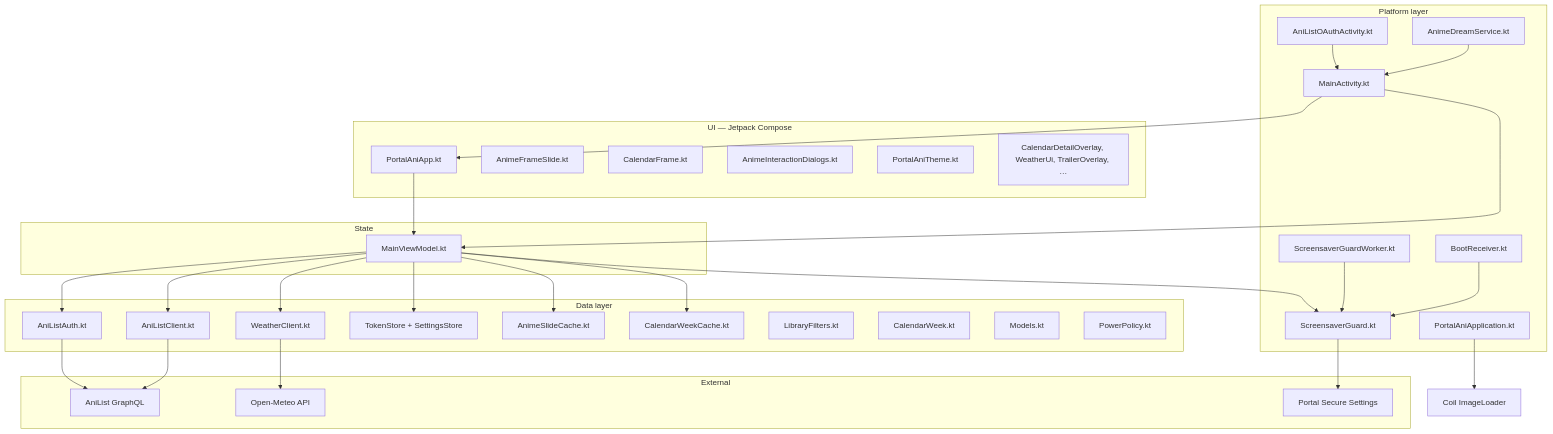
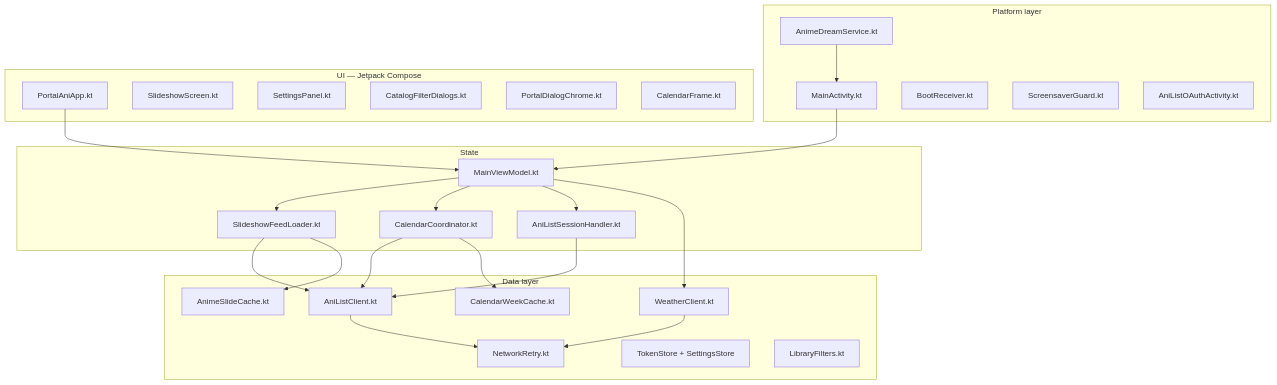
Before and after one commit to hoandesign/portalani: the diagram in docs/AUDIT-2026-06-16.md, drawn with Mermaid. The commit also changed other lines of this file, not shown here.

````diff
--- a/docs/AUDIT-2026-06-16.md
+++ b/docs/AUDIT-2026-06-16.md
@@ -24,64 +40,51 @@
 ```mermaid
 flowchart TB
   subgraph platform [Platform layer]
     MA[MainActivity.kt]
     ADS[AnimeDreamService.kt]
     BR[BootReceiver.kt]
     SG[ScreensaverGuard.kt]
-    SGW[ScreensaverGuardWorker.kt]
     OAuth[AniListOAuthActivity.kt]
-    App[PortalAniApplication.kt]
   end
 
   subgraph ui [UI — Jetpack Compose]
     PAA[PortalAniApp.kt]
-    AFS[AnimeFrameSlide.kt]
+    SSP[SlideshowScreen.kt]
+    SET[SettingsPanel.kt]
+    CFD[CatalogFilterDialogs.kt]
+    PDC[PortalDialogChrome.kt]
     CF[CalendarFrame.kt]
-    AID[AnimeInteractionDialogs.kt]
-    Theme[PortalAniTheme.kt]
-    Other[CalendarDetailOverlay, WeatherUi, TrailerOverlay, …]
   end
 
   subgraph vm [State]
     MVM[MainViewModel.kt]
+    SFL[SlideshowFeedLoader.kt]
+    CC[CalendarCoordinator.kt]
+    ASH[AniListSessionHandler.kt]
   end
 
   subgraph data [Data layer]
     ALC[AniListClient.kt]
-    ALA[AniListAuth.kt]
+    NR[NetworkRetry.kt]
     WC[WeatherClient.kt]
     TS[TokenStore + SettingsStore]
     ASC[AnimeSlideCache.kt]
     CWC[CalendarWeekCache.kt]
     LF[LibraryFilters.kt]
-    CW[CalendarWeek.kt]
-    Models[Models.kt]
-    PP[PowerPolicy.kt]
   end
 
-  subgraph external [External]
-    AniList[AniList GraphQL]
-    OpenMeteo[Open-Meteo API]
-    PortalOS[Portal Secure Settings]
-  end
-
+  MA --> MVM
+  PAA --> MVM
+  MVM --> SFL
+  MVM --> CC
+  MVM --> ASH
+  SFL --> ALC
+  SFL --> ASC
+  CC --> ALC
+  CC --> CWC
+  ASH --> ALC
+  MVM --> WC
+  ALC --> NR
+  WC --> NR
   ADS --> MA
-  BR --> SG
-  SGW --> SG
-  MA --> MVM
-  MA --> PAA
-  PAA --> MVM
-  MVM --> ALC
-  MVM --> ALA
-  MVM --> WC
-  MVM --> TS
-  MVM --> ASC
-  MVM --> CWC
-  MVM --> SG
-  OAuth --> MA
-  ALC --> AniList
-  ALA --> AniList
-  WC --> OpenMeteo
-  SG --> PortalOS
-  App --> Coil[Coil ImageLoader]
 ```
````
